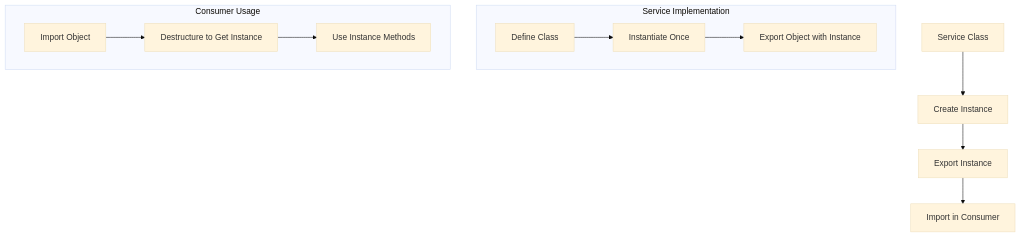
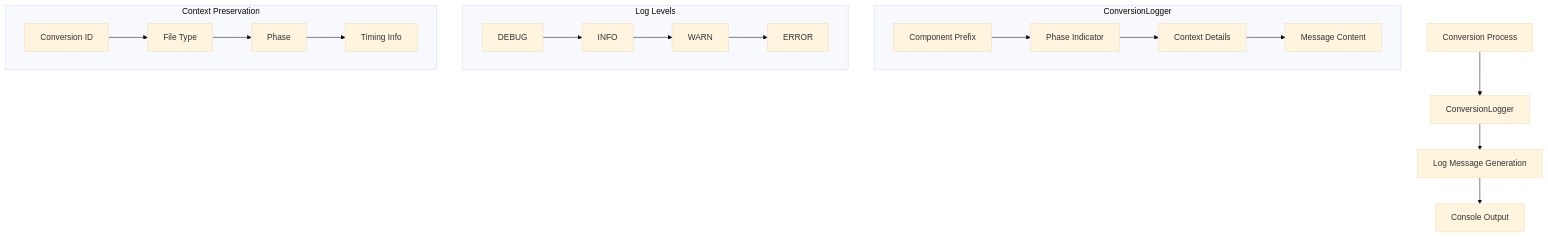
One commit to Synaptic-Labs-AI/codex-md changed diagram 15 of 15 in cline_docs/systemPatterns.md. Above: the diagram before and after it, drawn with Mermaid (base theme). The commit also changed other lines of this file and 15 other files, not shown here.

First line of the commit message:
feat(conversion): Implement ConversionStatus and ConversionLogger for enhanced tracking

````diff
--- a/cline_docs/systemPatterns.md
+++ b/cline_docs/systemPatterns.md
@@ -1075,16 +914,24 @@
 ```mermaid
 flowchart TD
-    A[Service Class] --> B[Create Instance]
-    B --> C[Export Instance]
-    C --> D[Import in Consumer]
+    A[Conversion Process] --> B[ConversionLogger]
+    B --> C[Log Message Generation]
+    C --> D[Console Output]
     
-    subgraph Service Implementation
-        E[Define Class] --> F[Instantiate Once]
-        F --> G[Export Object with Instance]
+    subgraph ConversionLogger
+        E[Component Prefix] --> F[Phase Indicator]
+        F --> G[Context Details]
+        G --> H[Message Content]
     end
     
-    subgraph Consumer Usage
-        H[Import Object] --> I[Destructure to Get Instance]
-        I --> J[Use Instance Methods]
+    subgraph Log Levels
+        I[DEBUG] --> J[INFO]
+        J --> K[WARN]
+        K --> L[ERROR]
+    end
+    
+    subgraph Context Preservation
+        M[Conversion ID] --> N[File Type]
+        N --> O[Phase]
+        O --> P[Timing Info]
     end
 ```
````
